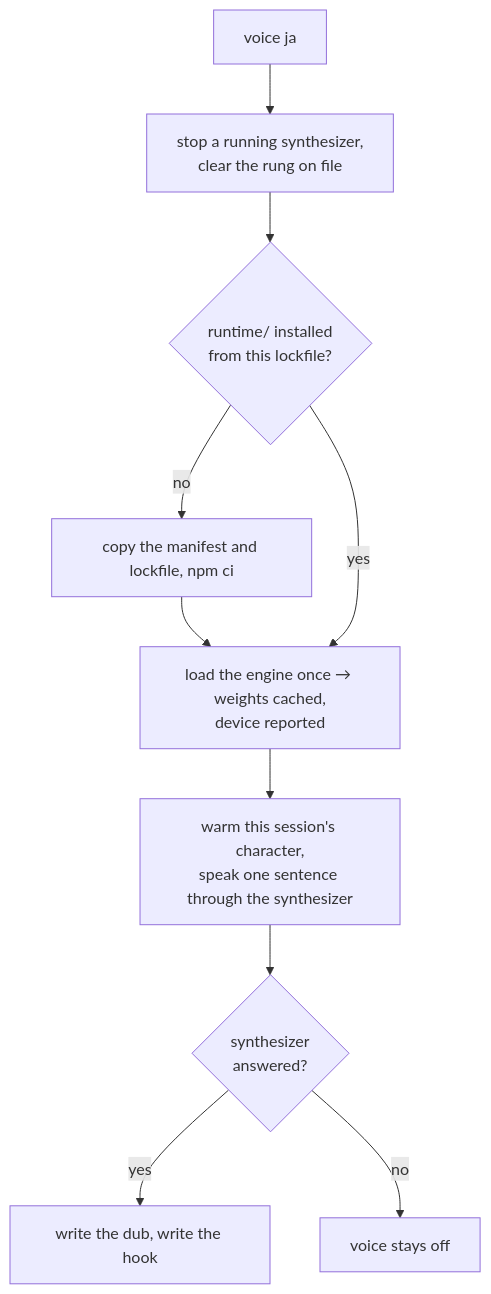
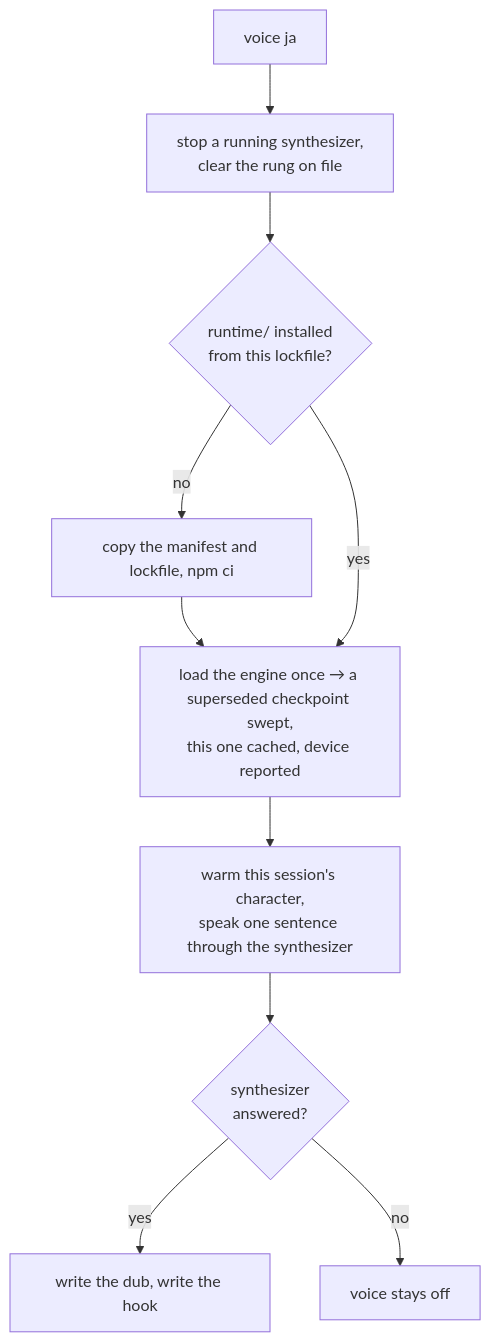
Before and after one commit to Esposter/Esposter: the third of 3 diagrams in apps/web/content/docs/infra/claude-interface/spoken-replies.md, drawn with Mermaid. The commit also changed other lines of this file and 3 other files, not shown here.

First line of the commit message:
fix(genshin-persona): a checkpoint the model id no longer names is swept where the one in use lands

````diff
--- a/apps/web/content/docs/infra/claude-interface/spoken-replies.md
+++ b/apps/web/content/docs/infra/claude-interface/spoken-replies.md
@@ -109,19 +109,19 @@
 ```mermaid
 flowchart TD
     Verb["voice ja"]
     Clear["stop a running synthesizer,<br/>clear the rung on file"]
     Runtime{"runtime/ installed<br/>from this lockfile?"}
     Install["copy the manifest and lockfile, npm ci"]
-    Load["load the engine once → weights cached,<br/>device reported"]
+    Load["load the engine once → a superseded checkpoint swept,<br/>this one cached, device reported"]
     Proof["warm this session's character,<br/>speak one sentence through the synthesizer"]
     Spoke{"synthesizer<br/>answered?"}
     Language["write the dub, write the hook"]
     Off["voice stays off"]
 
     Verb --> Clear --> Runtime
     Runtime -- no --> Install --> Load
     Runtime -- yes --> Load
     Load --> Proof --> Spoke
     Spoke -- yes --> Language
     Spoke -- no --> Off
 ```
````
